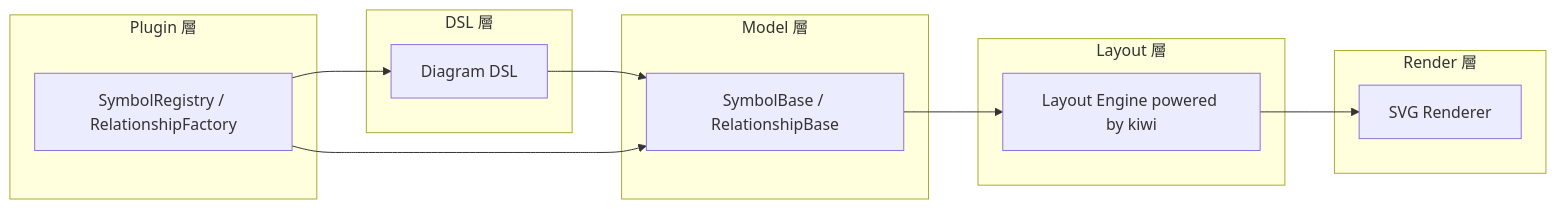
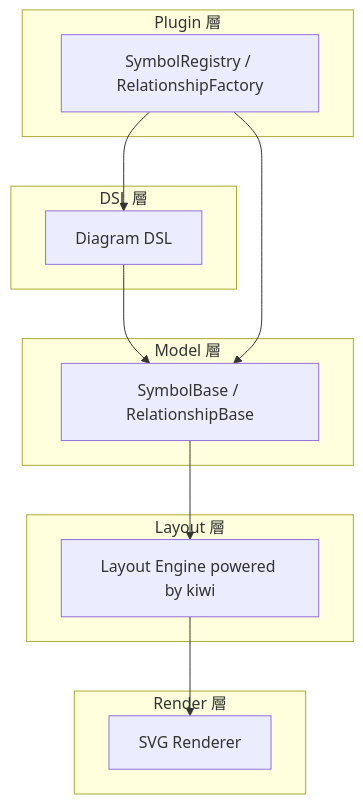
One commit to tinsep19/kiwumil changed the diagram in README.md. Above: the diagram before and after it, drawn with Mermaid. The commit also changed other lines of this file and 1 other file, not shown here.

````diff
--- a/README.md
+++ b/README.md
@@ -63,30 +63,30 @@
 ```mermaid
 
-flowchart LR
+flowchart TD
   subgraph DSL["DSL 層"]
     D[Diagram DSL]
   end
 
   subgraph Model["Model 層"]
     M[SymbolBase / RelationshipBase]
   end
 
   subgraph Layout["Layout 層"]
     L[Layout Engine powered by kiwi]
   end
 
   subgraph Render["Render 層"]
     R[SVG Renderer]
   end
 
   subgraph Plugin["Plugin 層"]
     P[SymbolRegistry / RelationshipFactory]
   end
 
   D --> M
   M --> L
   L --> R
   P --> M
   P --> D
 
 ```
````
